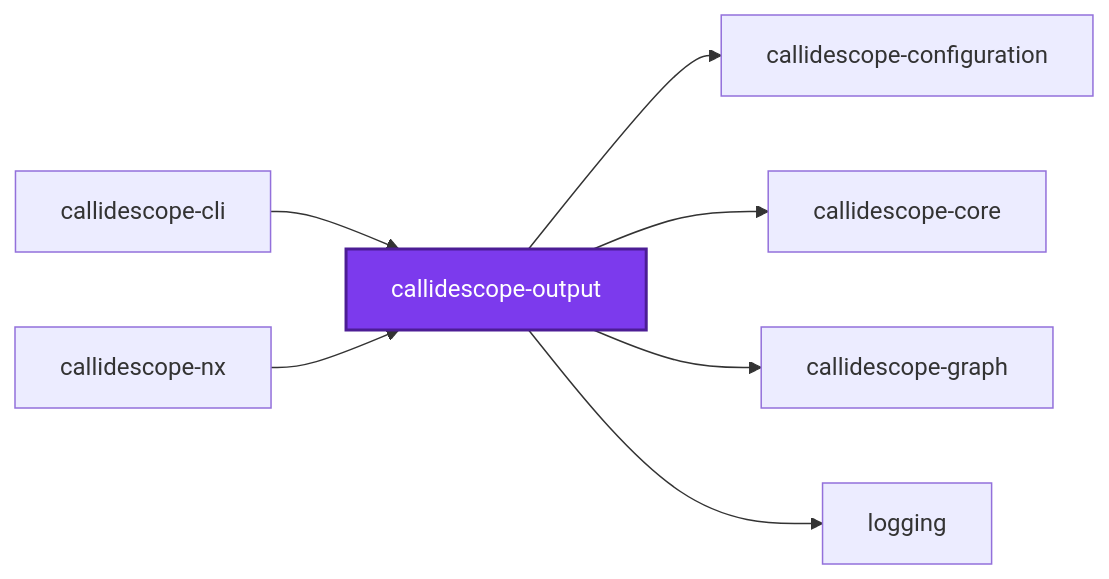
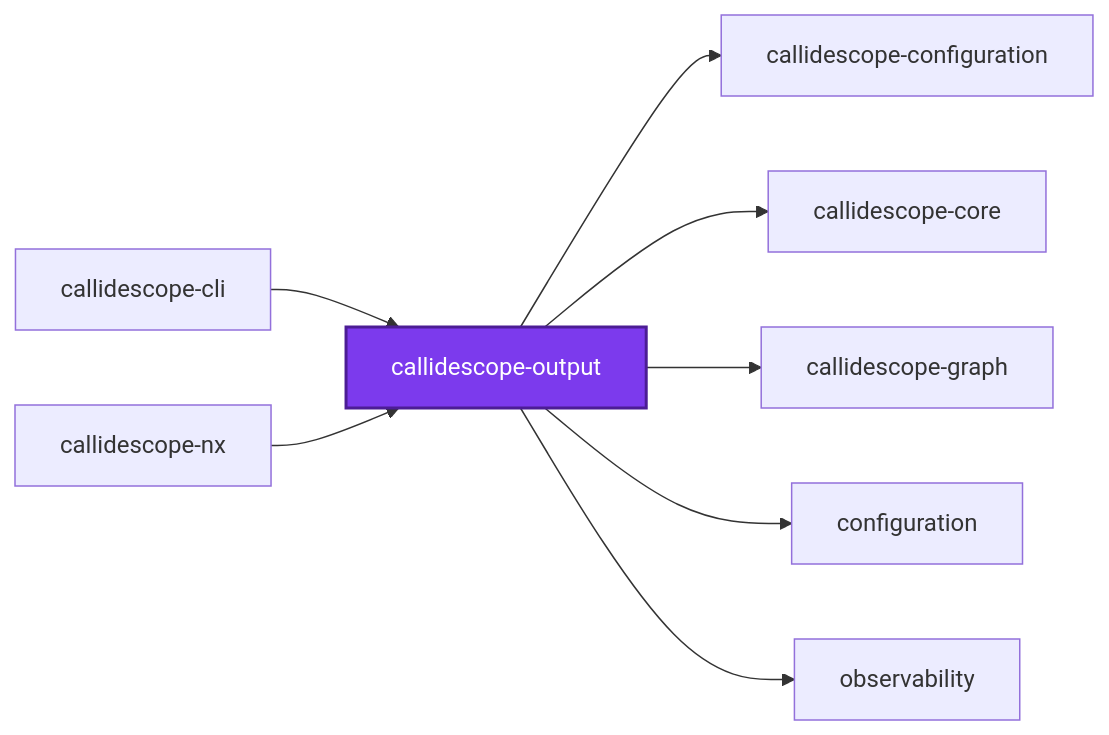
The first of 3 diagrams in projects/ic-suite/callidescope/callidescope-output/README.md (organizzolini/codebase), drawn with Mermaid before and after one commit. The commit also changed 68 other files, not shown here.

````diff
--- a/projects/ic-suite/callidescope/callidescope-output/README.md
+++ b/projects/ic-suite/callidescope/callidescope-output/README.md
@@ -173,18 +173,20 @@
 ```mermaid
 graph LR
   callidescope_cli["callidescope-cli"]
   callidescope_configuration["callidescope-configuration"]
   callidescope_core["callidescope-core"]
   callidescope_graph["callidescope-graph"]
   callidescope_nx["callidescope-nx"]
   callidescope_output["callidescope-output"]
-  logging["logging"]
+  configuration["configuration"]
+  observability["observability"]
   callidescope_cli --> callidescope_output
   callidescope_nx --> callidescope_output
   callidescope_output --> callidescope_configuration
   callidescope_output --> callidescope_core
   callidescope_output --> callidescope_graph
-  callidescope_output --> logging
+  callidescope_output --> configuration
+  callidescope_output --> observability
   classDef subject fill:#7c3aed,color:#fff,stroke:#4c1d95,stroke-width:2px
   class callidescope_output subject
 ```
````
